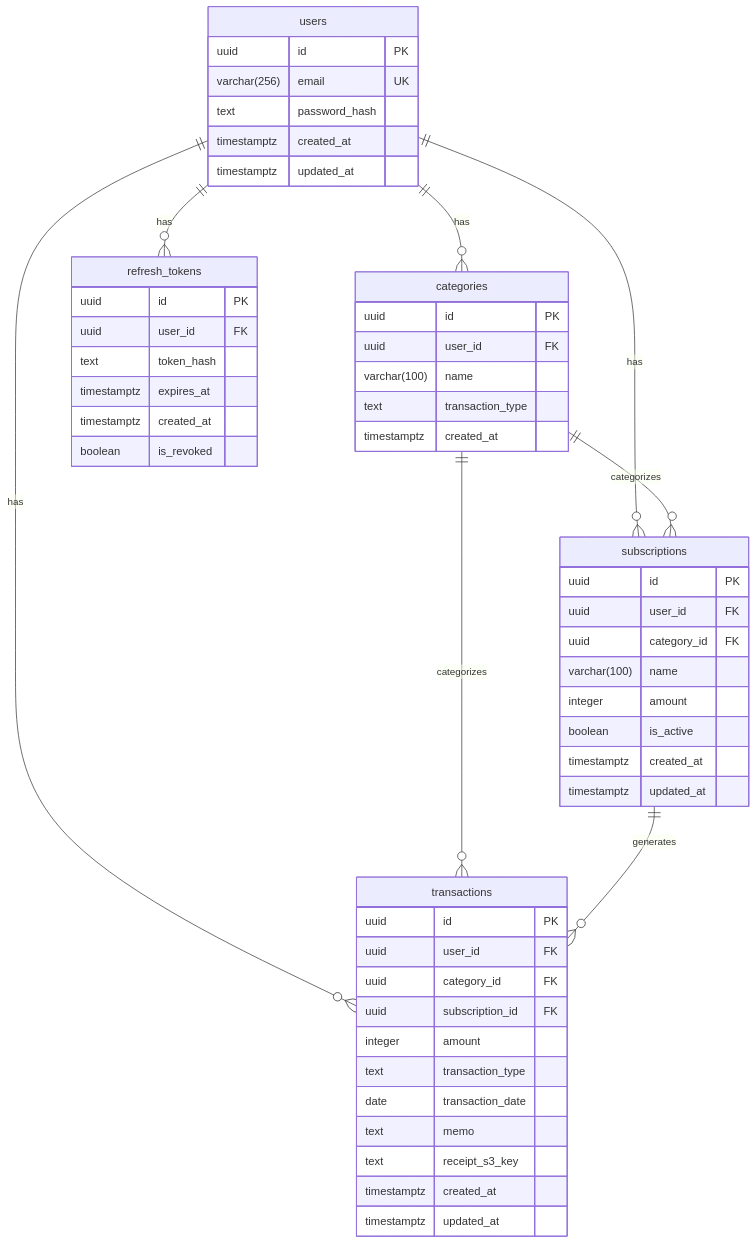
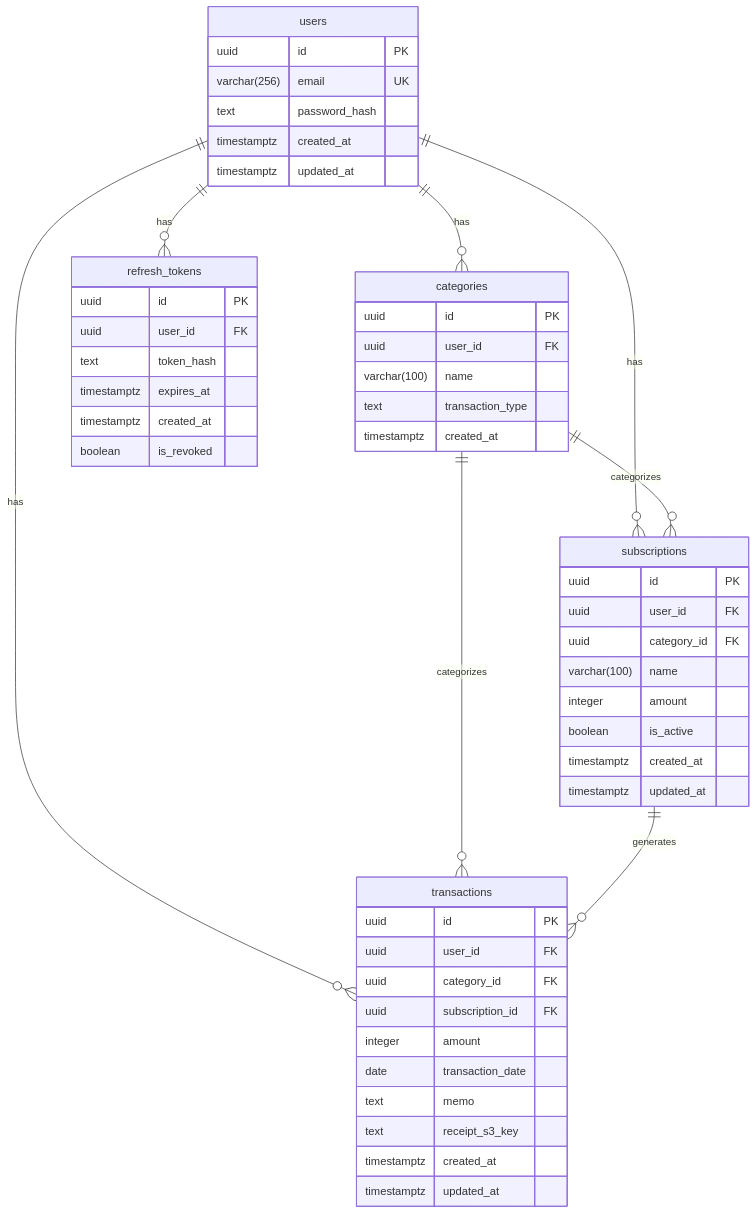
The diagram in docs/db-design.md (is-9108/KakeiBase), drawn with Mermaid before and after one commit. The commit also changed other lines of this file and 30 other files, not shown here.

````diff
--- a/docs/db-design.md
+++ b/docs/db-design.md
@@ -15,60 +15,59 @@
 ```mermaid
 erDiagram
     users {
         uuid id PK
         varchar(256) email UK
         text password_hash
         timestamptz created_at
         timestamptz updated_at
     }
 
     categories {
         uuid id PK
         uuid user_id FK
         varchar(100) name
         text transaction_type
         timestamptz created_at
     }
 
     subscriptions {
         uuid id PK
         uuid user_id FK
         uuid category_id FK
         varchar(100) name
         integer amount
         boolean is_active
         timestamptz created_at
         timestamptz updated_at
     }
 
     transactions {
         uuid id PK
         uuid user_id FK
         uuid category_id FK
         uuid subscription_id FK
         integer amount
-        text transaction_type
         date transaction_date
         text memo
         text receipt_s3_key
         timestamptz created_at
         timestamptz updated_at
     }
 
     refresh_tokens {
         uuid id PK
         uuid user_id FK
         text token_hash
         timestamptz expires_at
         timestamptz created_at
         boolean is_revoked
     }
 
     users ||--o{ categories : "has"
     users ||--o{ subscriptions : "has"
     users ||--o{ transactions : "has"
     users ||--o{ refresh_tokens : "has"
     categories ||--o{ subscriptions : "categorizes"
     categories ||--o{ transactions : "categorizes"
     subscriptions ||--o{ transactions : "generates"
 ```
````
